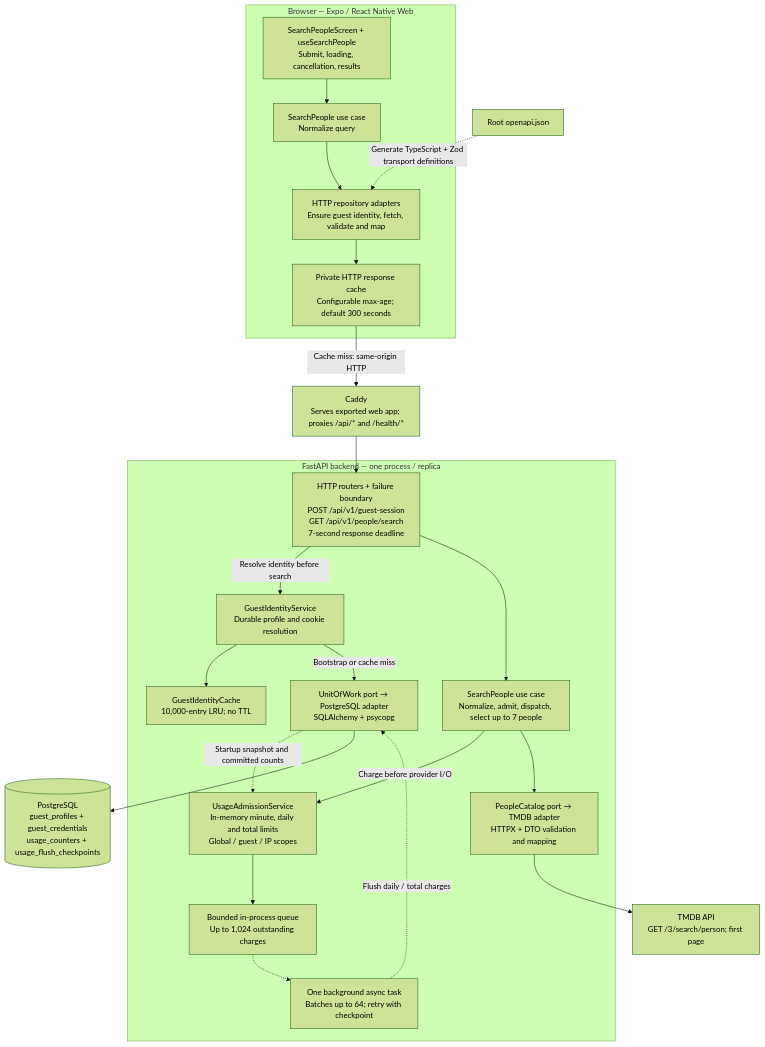
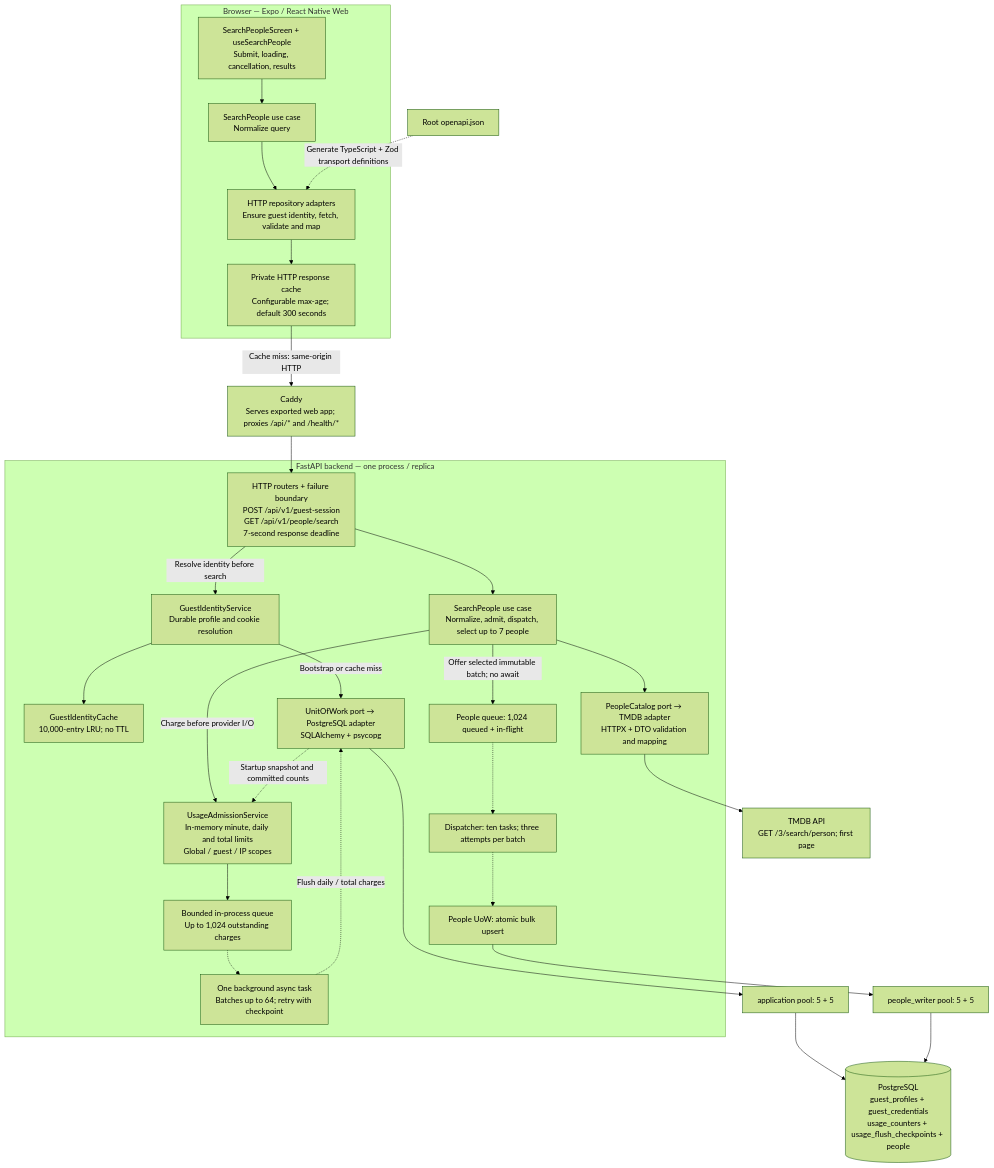
Before and after one commit to iwozzy/ics603-fa26-final-project: the second of 4 diagrams in docs/architecture/search-people.md, drawn with Mermaid (forest theme). The commit also changed other lines of this file and 19 other files, not shown here.

Commit message:
feat: persist people search results asynchronously

````diff
--- a/docs/architecture/search-people.md
+++ b/docs/architecture/search-people.md
@@ -35,46 +40,50 @@
 ```mermaid
 flowchart TB
     subgraph browser["Browser — Expo / React Native Web"]
         UI["SearchPeopleScreen + useSearchPeople<br/>Submit, loading, cancellation, results"]
         FE["SearchPeople use case<br/>Normalize query"]
         HTTP["HTTP repository adapters<br/>Ensure guest identity, fetch, validate and map"]
         CACHE["Private HTTP response cache<br/>Configurable max-age; default 300 seconds"]
         UI --> FE --> HTTP
         HTTP --> CACHE
     end
 
     EDGE["Caddy<br/>Serves exported web app; proxies /api/* and /health/*"]
     CACHE -->|"Cache miss: same-origin HTTP"| EDGE
     EDGE --> API
 
     subgraph backend["FastAPI backend — one process / replica"]
         API["HTTP routers + failure boundary<br/>POST /api/v1/guest-session<br/>GET /api/v1/people/search<br/>7-second response deadline"]
         GUEST["GuestIdentityService<br/>Durable profile and cookie resolution"]
         LRU["GuestIdentityCache<br/>10,000-entry LRU; no TTL"]
         SEARCH["SearchPeople use case<br/>Normalize, admit, dispatch, select up to 7 people"]
         ADMIT["UsageAdmissionService<br/>In-memory minute, daily and total limits<br/>Global / guest / IP scopes"]
         QUEUE["Bounded in-process queue<br/>Up to 1,024 outstanding charges"]
         WRITER["One background async task<br/>Batches up to 64; retry with checkpoint"]
         UOW["UnitOfWork port → PostgreSQL adapter<br/>SQLAlchemy + psycopg"]
         CATALOG["PeopleCatalog port → TMDB adapter<br/>HTTPX + DTO validation and mapping"]
 
         API -->|"Resolve identity before search"| GUEST
         GUEST --> LRU
         GUEST -->|"Bootstrap or cache miss"| UOW
         API --> SEARCH
         SEARCH -->|"Charge before provider I/O"| ADMIT
         ADMIT --> QUEUE
         QUEUE -.-> WRITER
         WRITER -.->|"Flush daily / total charges"| UOW
         UOW -.->|"Startup snapshot and committed counts"| ADMIT
         SEARCH --> CATALOG
+        SEARCH -->|"Offer selected immutable batch; no await"| PQ["People queue: 1,024 queued + in-flight"]
+        PQ -.-> PW["Dispatcher: ten tasks; three attempts per batch"]
+        PW -.-> PUOW["People UoW: atomic bulk upsert"]
     end
 
-    DB[("PostgreSQL<br/>guest_profiles + guest_credentials<br/>usage_counters + usage_flush_checkpoints")]
+    DB[("PostgreSQL<br/>guest_profiles + guest_credentials<br/>usage_counters + usage_flush_checkpoints + people")]
     TMDB["TMDB API<br/>GET /3/search/person; first page"]
-    UOW --> DB
+    UOW --> AP["application pool: 5 + 5"] --> DB
+    PUOW --> PP["people_writer pool: 5 + 5"] --> DB
     CATALOG --> TMDB
 
     CONTRACT["Root openapi.json"]
     CONTRACT -.->|"Generate TypeScript + Zod transport definitions"| HTTP
 ```
````
